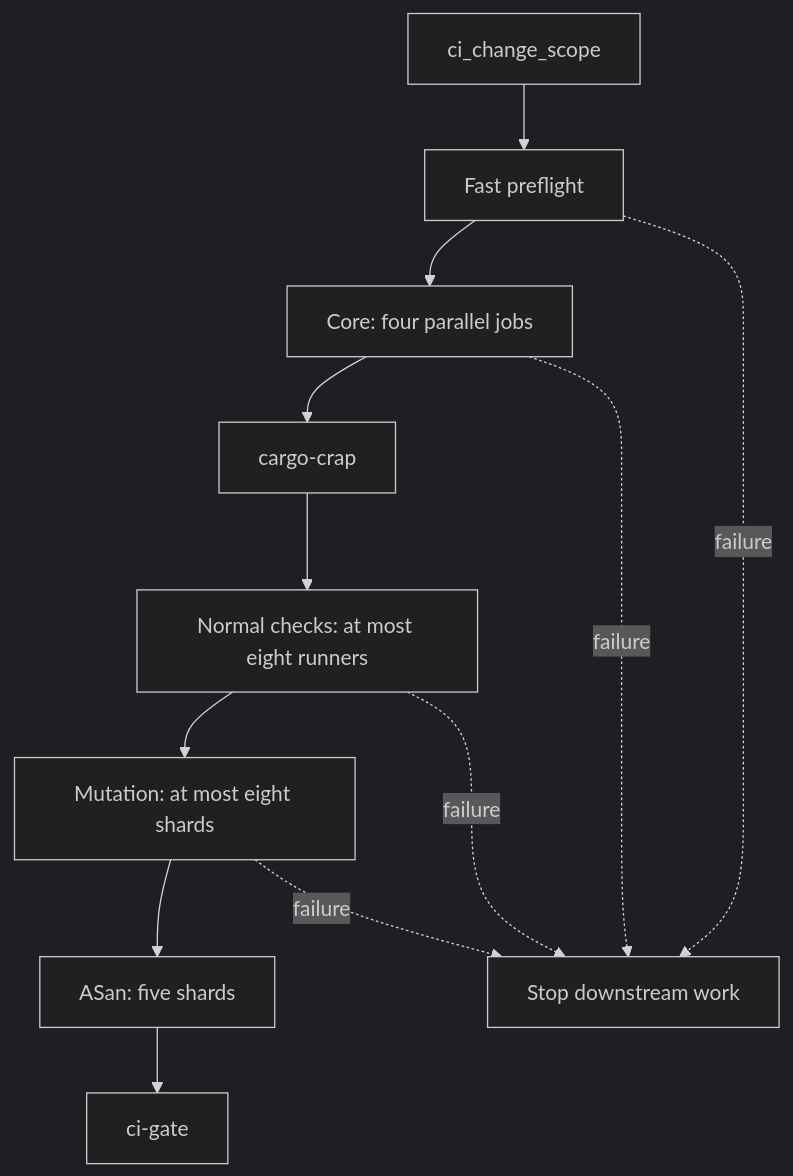
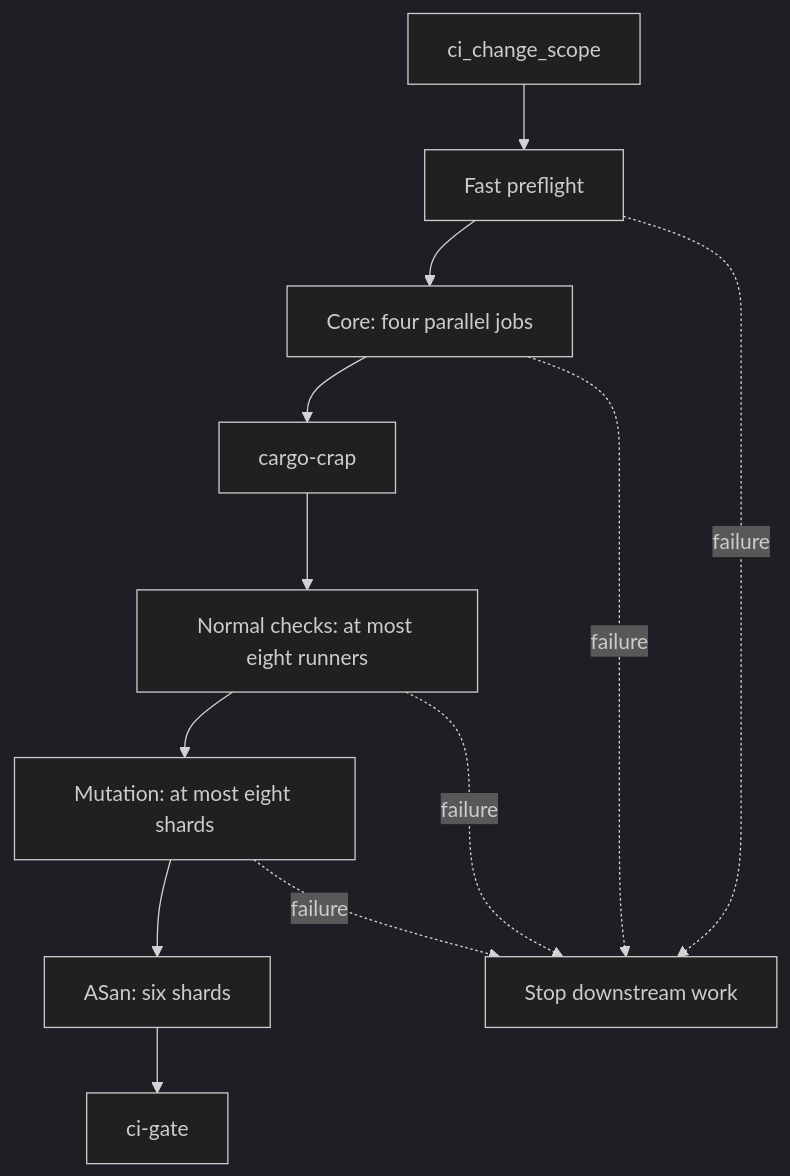
The fourth of 14 diagrams in CONTRIBUTING.md (arceushui/pigloros), drawn with Mermaid (dark theme) before and after one commit. The commit also changed other lines of this file and 4 other files, not shown here.

````diff
--- a/CONTRIBUTING.md
+++ b/CONTRIBUTING.md
@@ -144,14 +144,14 @@
 ```mermaid
 flowchart TD
     S["ci_change_scope"] --> P["Fast preflight"]
     P --> C["Core: four parallel jobs"]
     C --> R["cargo-crap"]
     R --> N["Normal checks: at most eight runners"]
     N --> M["Mutation: at most eight shards"]
-    M --> A["ASan: five shards"]
+    M --> A["ASan: six shards"]
     A --> G["ci-gate"]
     P -. "failure" .-> X["Stop downstream work"]
     C -. "failure" .-> X
     N -. "failure" .-> X
     M -. "failure" .-> X
 ```
````
